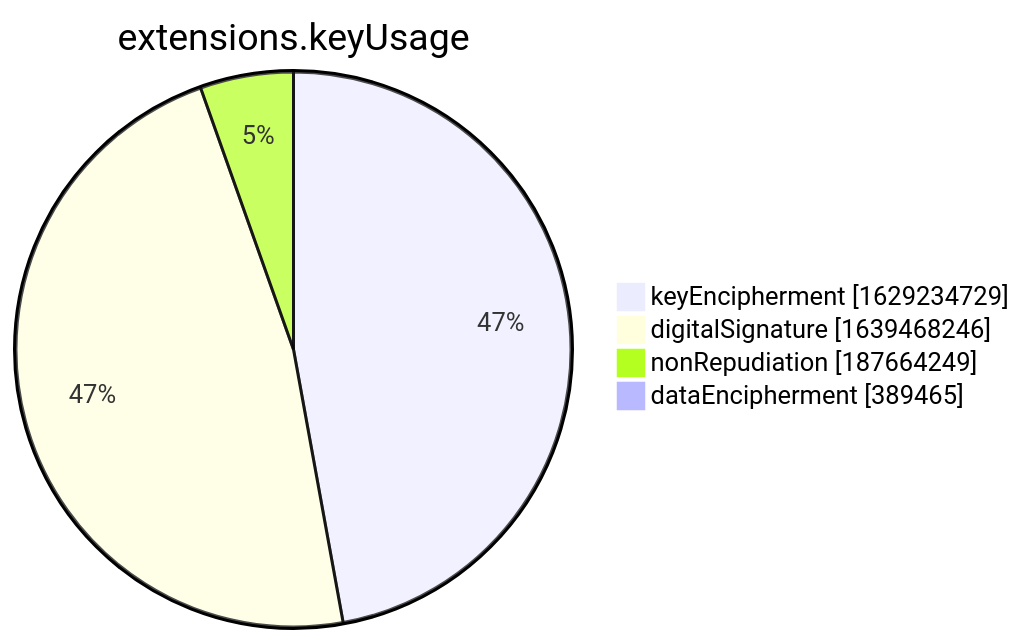
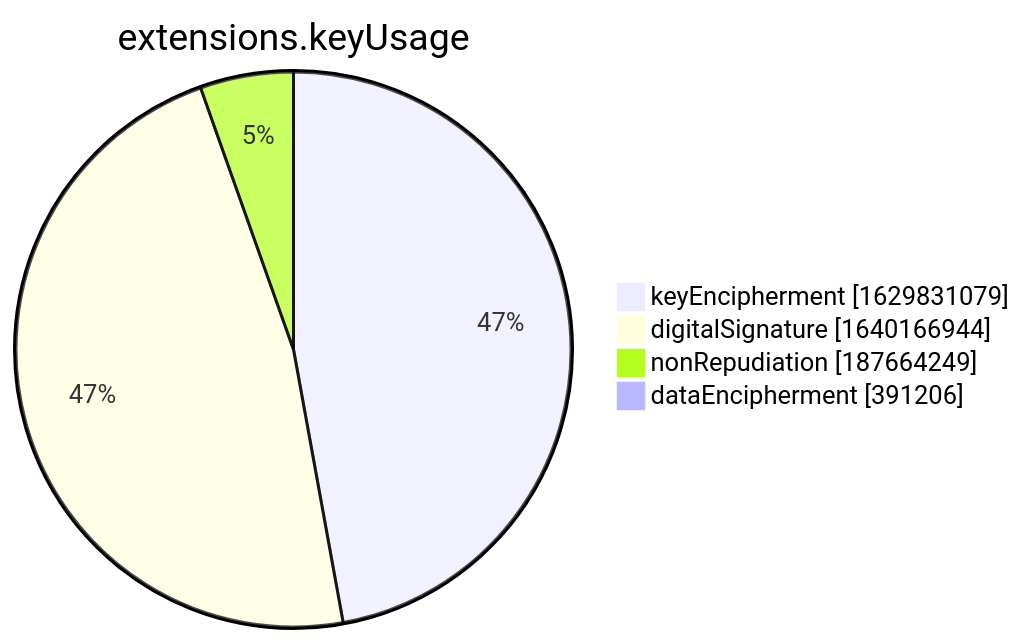
Before and after one commit to christiankrug/ctmonitor_visualization: the seventh of 15 diagrams in xenon2022/README.md, drawn with Mermaid. The commit also changed other lines of this file, not shown here.

````diff
--- a/xenon2022/README.md
+++ b/xenon2022/README.md
@@ -2855,8 +2855,8 @@
 ```mermaid
 pie showData
 title extensions.keyUsage
-"keyEncipherment" :1629234729
-"digitalSignature" :1639468246
+"keyEncipherment" :1629831079
+"digitalSignature" :1640166944
 "nonRepudiation" :187664249
-"dataEncipherment" :389465
+"dataEncipherment" :391206
 ```
````
